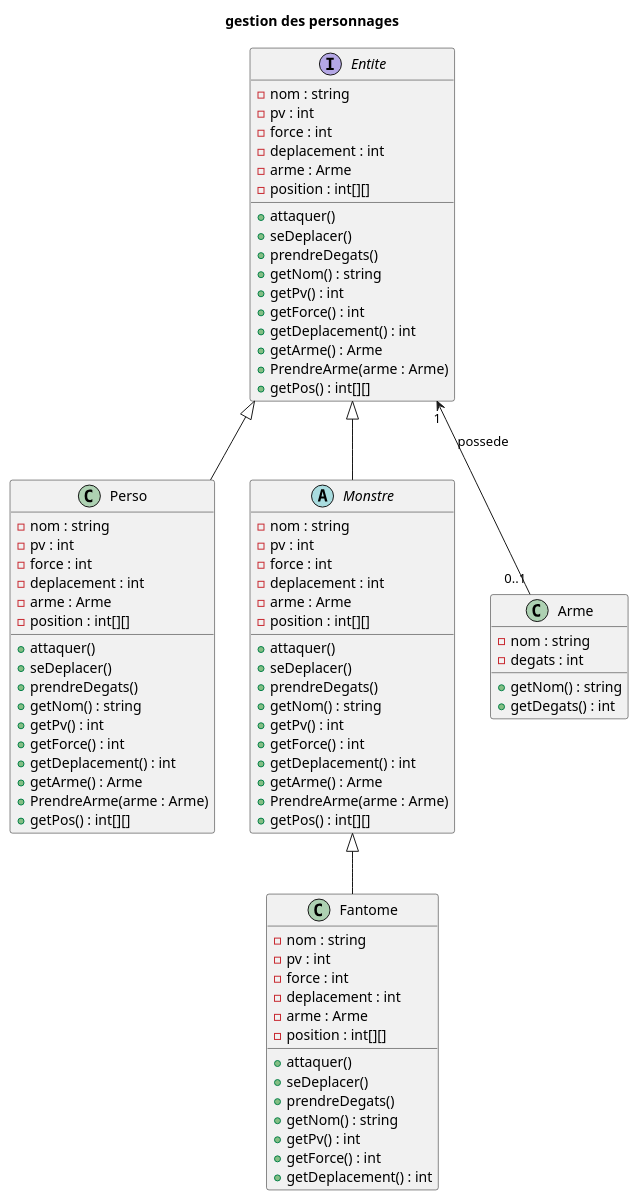
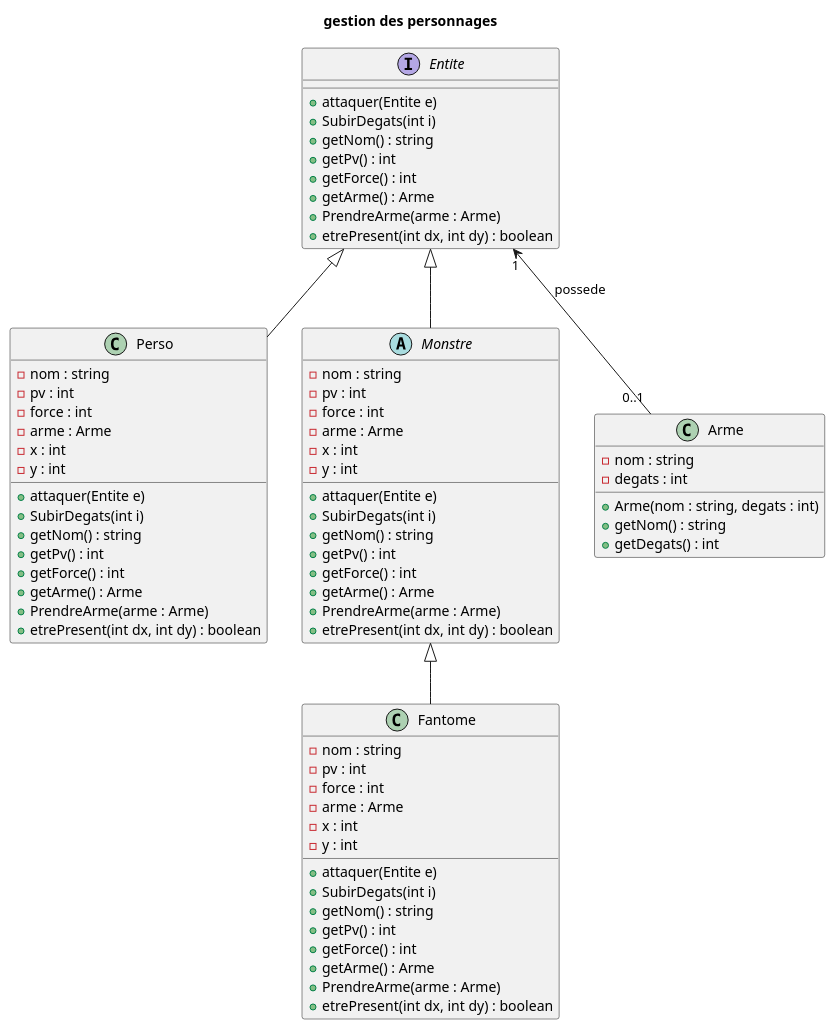
One commit to Baloo54/Zeldiablo_Comte_Fuchs_Andre_Mathieu changed the third of 4 diagrams in documents/itération1/itération1.puml. Above: the diagram before and after it, drawn with PlantUML. The commit also changed 5 other files, not shown here.

```diff
--- a/documents/itération1/itération1.puml
+++ b/documents/itération1/itération1.puml
@@ -70,94 +70,84 @@
 @startuml
 title gestion des personnages
 Interface Entite {
-    - nom : string
-    - pv : int
-    - force : int
-    - deplacement : int
-    - arme : Arme
-    - position : int[][]
-
-    +attaquer()
-    +seDeplacer()
-    +prendreDegats()
+    +attaquer(Entite e)
+    +SubirDegats(int i)
     +getNom() : string
     +getPv() : int
     +getForce() : int
-    +getDeplacement() : int
     +getArme() : Arme
     +PrendreArme(arme : Arme)
-    +getPos() : int[][]
+    +etrePresent(int dx, int dy) : boolean
 }
 
 class Perso {
     - nom : string
     - pv : int
     - force : int
-    - deplacement : int
     - arme : Arme
-    - position : int[][]
+    - x : int
+    - y : int
 
-    +attaquer()
-    +seDeplacer()
-    +prendreDegats()
+    +attaquer(Entite e)
+    +SubirDegats(int i)
     +getNom() : string
     +getPv() : int
     +getForce() : int
-    +getDeplacement() : int
     +getArme() : Arme
     +PrendreArme(arme : Arme)
-    +getPos() : int[][]
+    +etrePresent(int dx, int dy) : boolean
 
 }
 
 abstract class Monstre {
     - nom : string
     - pv : int
     - force : int
-    - deplacement : int
     - arme : Arme
-    - position : int[][]
+    - x : int
+    - y : int
 
-    +attaquer()
-    +seDeplacer()
-    +prendreDegats()
+    +attaquer(Entite e)
+    +SubirDegats(int i)
     +getNom() : string
     +getPv() : int
     +getForce() : int
-    +getDeplacement() : int
     +getArme() : Arme
     +PrendreArme(arme : Arme)
-    +getPos() : int[][]
+    +etrePresent(int dx, int dy) : boolean
 }
 
 class Fantome {
     - nom : string
     - pv : int
     - force : int
-    - deplacement : int
     - arme : Arme
-    - position : int[][]
+    - x : int
+    - y : int
 
-    +attaquer()
-    +seDeplacer()
-    +prendreDegats()
+    +attaquer(Entite e)
+    +SubirDegats(int i)
     +getNom() : string
     +getPv() : int
     +getForce() : int
-    +getDeplacement() : int
+    +getArme() : Arme
+    +PrendreArme(arme : Arme)
+    +etrePresent(int dx, int dy) : boolean
 }
+
 
 class Arme {
     - nom : string
     - degats : int
 
+    +Arme(nom : string, degats : int)
     +getNom() : string
     +getDegats() : int
 }
 
 Entite <|-- Perso
 Entite <|-- Monstre
 Monstre <|-- Fantome
 Entite "1" <-- "0..1" Arme : possede
 
 @enduml
```
